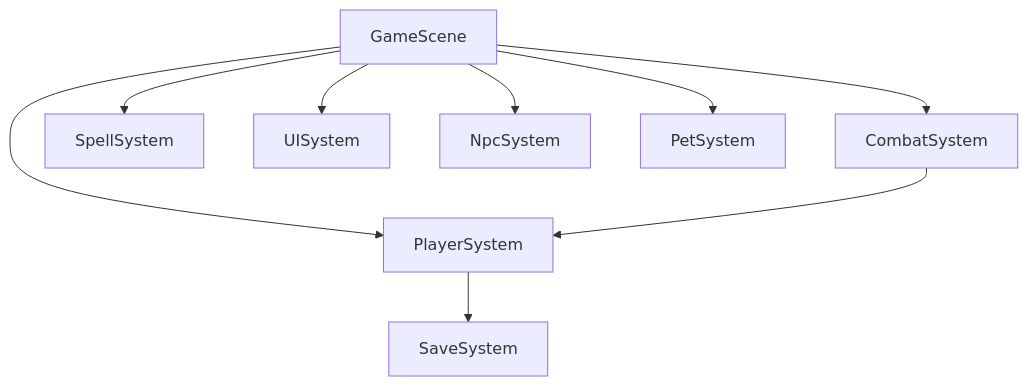
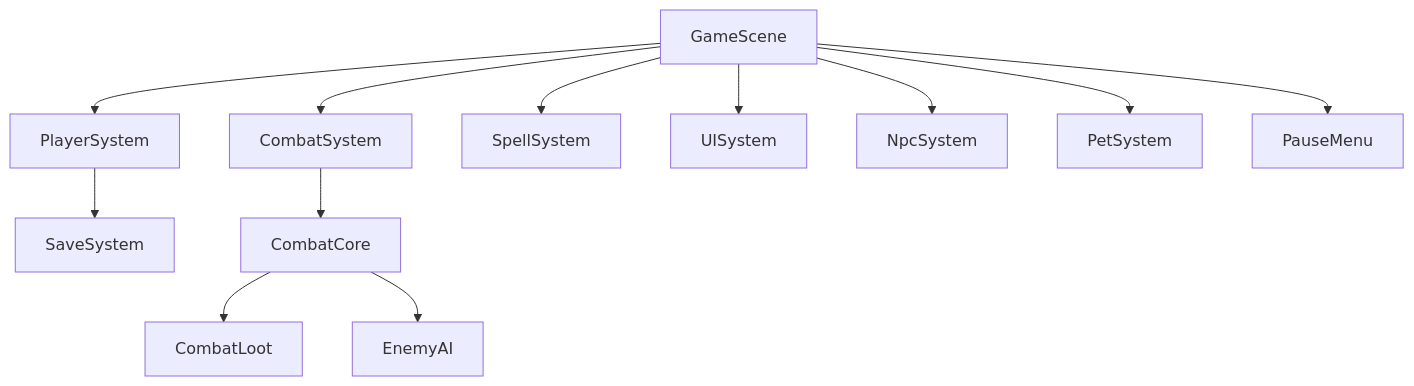
The diagram in инструкция/04-systems/_systems_index.md (HHrddtu/loot-realms), drawn with Mermaid before and after one commit. The commit also changed other lines of this file and 8 other files, not shown here.

````diff
--- a/инструкция/04-systems/_systems_index.md
+++ b/инструкция/04-systems/_systems_index.md
@@ -20,11 +29,14 @@
 ```mermaid
 graph TD
     GameScene --> CombatSystem
     GameScene --> PlayerSystem
     GameScene --> SpellSystem
     GameScene --> UISystem
     GameScene --> NpcSystem
     GameScene --> PetSystem
+    GameScene --> PauseMenu
     PlayerSystem --> SaveSystem
-    CombatSystem --> PlayerSystem
+    CombatSystem --> CombatCore
+    CombatCore --> CombatLoot
+    CombatCore --> EnemyAI
 ```
````
